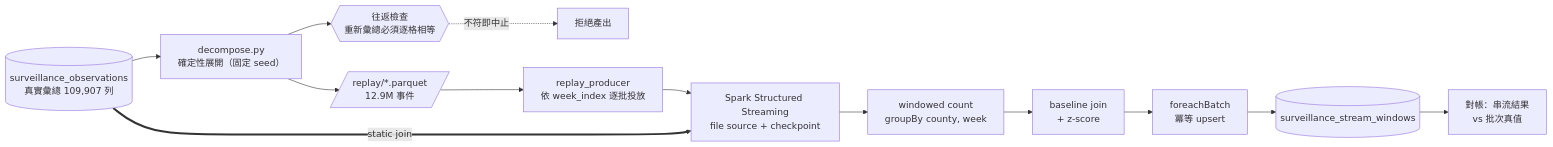
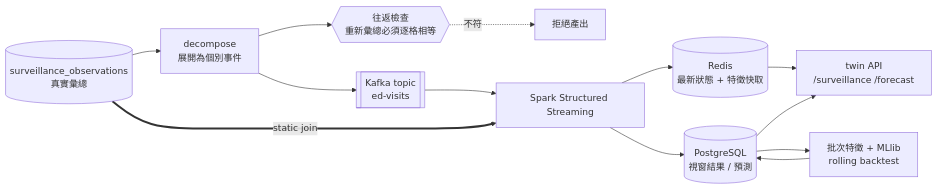
Before and after one commit to drew-young-AI/Devops: the diagram in docs/Spark-Design.md, drawn with Mermaid. The commit also changed other lines of this file and 4 other files, not shown here.

````diff
--- a/docs/Spark-Design.md
+++ b/docs/Spark-Design.md
@@ -170,16 +247,15 @@
 ```mermaid
 flowchart LR
-  A[("surveillance_observations<br/>真實彙總 109,907 列")]
-  A --> B["decompose.py<br/>確定性展開（固定 seed）"]
-  B --> C[/"replay/*.parquet<br/>12.9M 事件"/]
+  A[("surveillance_observations<br/>真實彙總")] --> B["decompose<br/>展開為個別事件"]
   B --> RT{{"往返檢查<br/>重新彙總必須逐格相等"}}
-  RT -.->|不符即中止| X["拒絕產出"]
-  C --> D["replay_producer<br/>依 week_index 逐批投放"]
-  D --> E["Spark Structured Streaming<br/>file source + checkpoint"]
-  A ==>|static join| E
-  E --> F["windowed count<br/>groupBy county, week"]
-  F --> G["baseline join<br/>+ z-score"]
-  G --> H["foreachBatch<br/>冪等 upsert"]
-  H --> I[("surveillance_stream_windows")]
-  I --> J["對帳：串流結果<br/>vs 批次真值"]
+  RT -.->|不符| X["拒絕產出"]
+  B --> K[["Kafka topic<br/>ed-visits"]]
+  K --> S["Spark Structured Streaming"]
+  A ==>|"static join"| S
+  S --> R[("Redis<br/>最新狀態 + 特徵快取")]
+  S --> P[("PostgreSQL<br/>視窗結果 / 預測")]
+  R --> API["twin API<br/>/surveillance /forecast"]
+  P --> API
+  P --> BT["批次特徵 + MLlib<br/>rolling backtest"]
+  BT --> P
 ```
````
